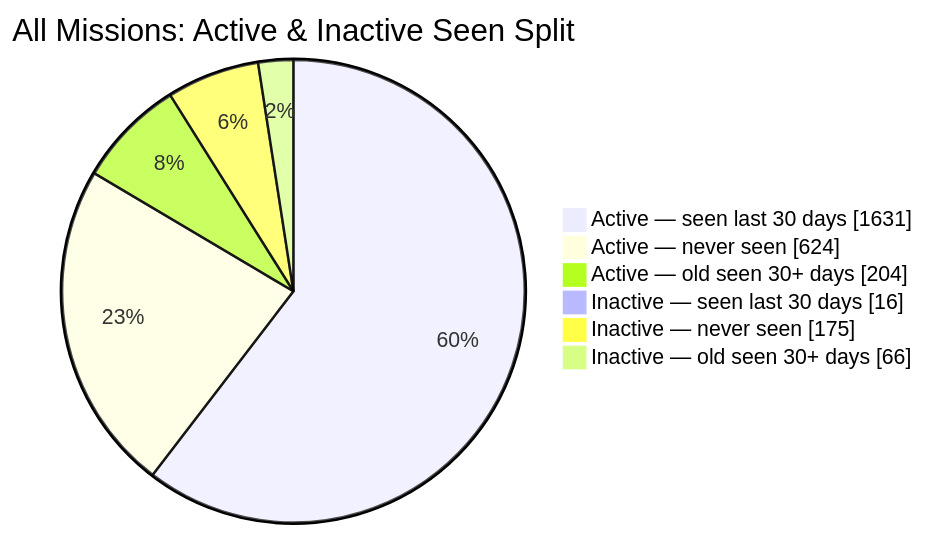
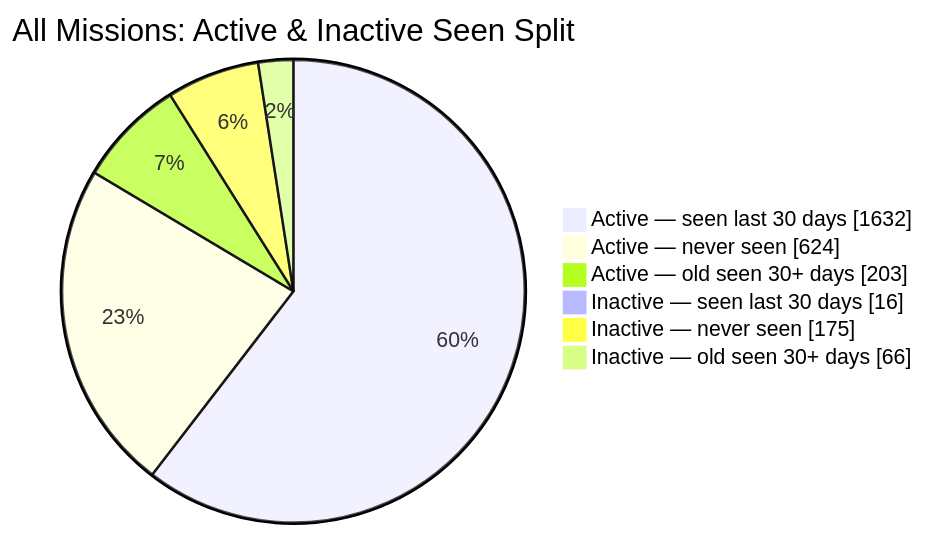
One commit to MeldkamerspelGameTeam/active-missions changed the second of 2 diagrams in README.md. Above: the diagram before and after it, drawn with Mermaid. The commit also changed other lines of this file and 2 other files, not shown here.

````diff
--- a/README.md
+++ b/README.md
@@ -44,10 +44,10 @@
 ```mermaid
 pie showData
     title All Missions: Active & Inactive Seen Split
-    "Active — seen last 30 days" : 1631
+    "Active — seen last 30 days" : 1632
     "Active — never seen" : 624
-    "Active — old seen 30+ days" : 204
+    "Active — old seen 30+ days" : 203
     "Inactive — seen last 30 days" : 16
     "Inactive — never seen" : 175
     "Inactive — old seen 30+ days" : 66
 ```
````
